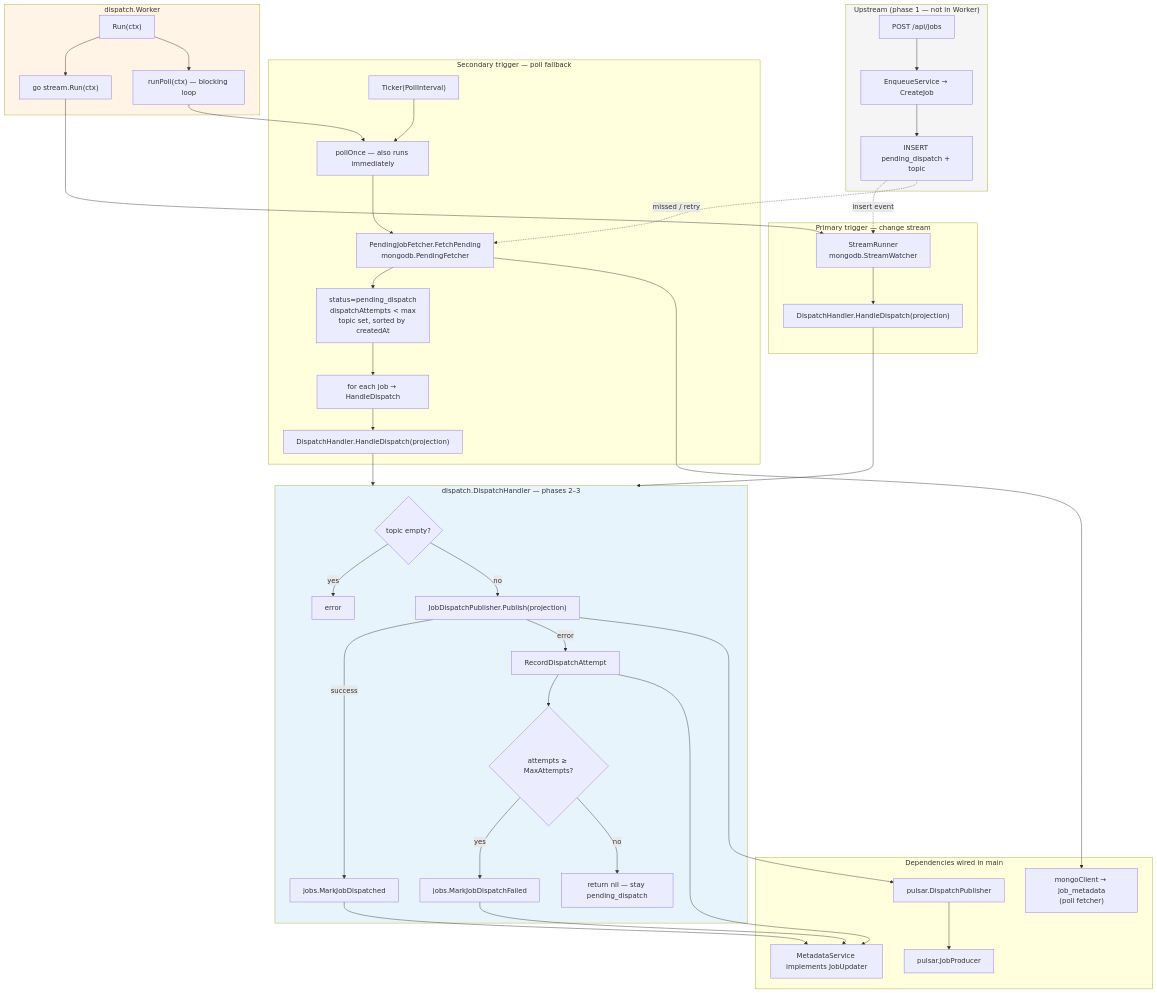
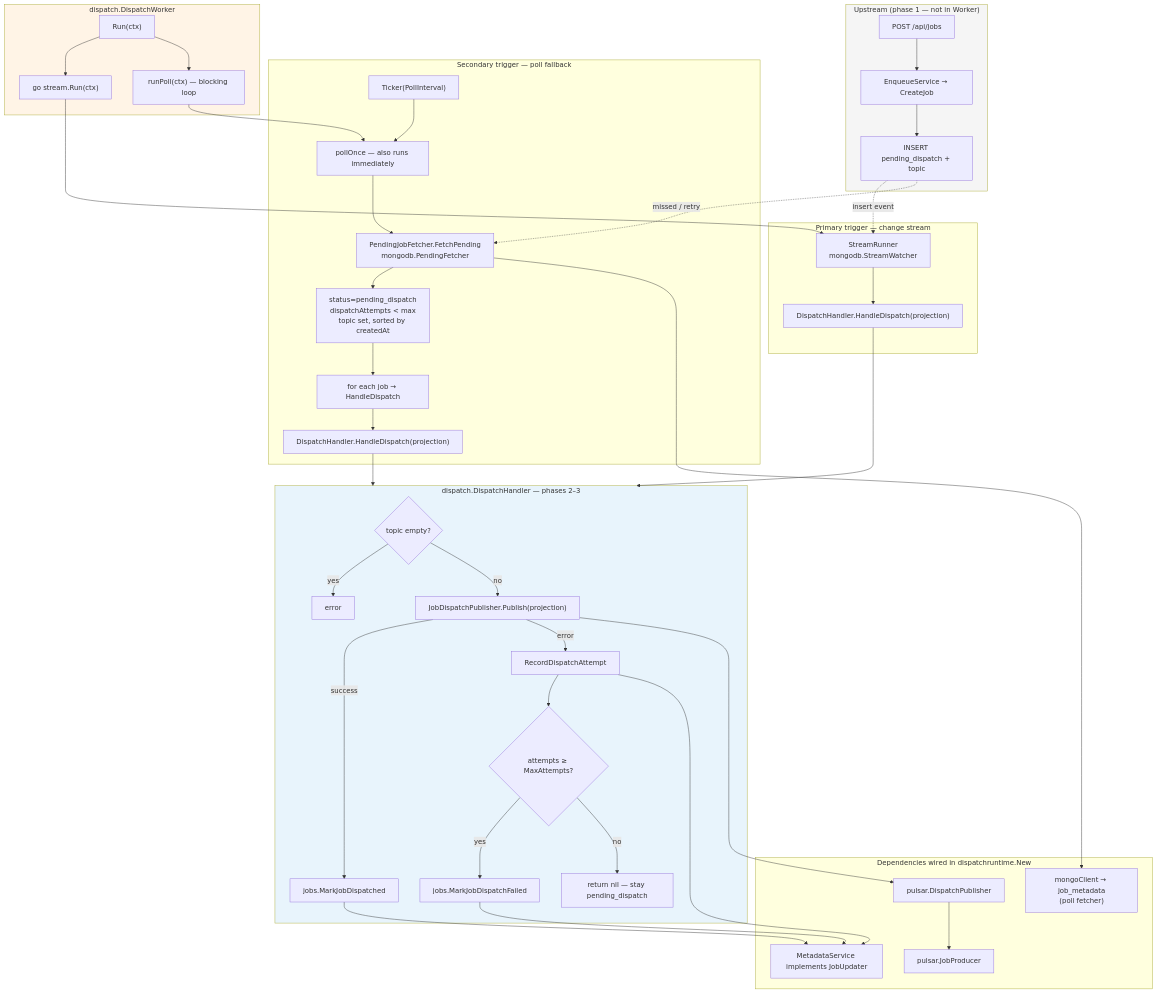
Before and after one commit to daconjurer/jobby: the second of 2 diagrams in docs/architecture/dispatch-worker.md, drawn with Mermaid. The commit also changed other lines of this file and 16 other files, not shown here.

````diff
--- a/docs/architecture/dispatch-worker.md
+++ b/docs/architecture/dispatch-worker.md
@@ -107,74 +113,74 @@
 ```mermaid
 flowchart TB
-    subgraph worker["dispatch.Worker"]
+    subgraph worker["dispatch.DispatchWorker"]
         RUN["Run(ctx)"]
         GO["go stream.Run(ctx)"]
         POLL["runPoll(ctx) — blocking loop"]
         RUN --> GO
         RUN --> POLL
     end
 
     subgraph primary["Primary trigger — change stream"]
         SW["StreamRunner<br/>mongodb.StreamWatcher"]
         GO --> SW
         SW --> H1["DispatchHandler.HandleDispatch(projection)"]
     end
 
     subgraph secondary["Secondary trigger — poll fallback"]
         TICK["Ticker(PollInterval)"]
         ONCE["pollOnce — also runs immediately"]
         FETCH["PendingJobFetcher.FetchPending<br/>mongodb.PendingFetcher"]
         BATCH["status=pending_dispatch<br/>dispatchAttempts &lt; max<br/>topic set, sorted by createdAt"]
         LOOP["for each job → HandleDispatch"]
         POLL --> ONCE
         ONCE --> FETCH
         TICK --> ONCE
         FETCH --> BATCH --> LOOP
         LOOP --> H2["DispatchHandler.HandleDispatch(projection)"]
     end
 
     subgraph saga["dispatch.DispatchHandler — phases 2–3"]
         TOPIC{"topic empty?"}
         PUB["JobDispatchPublisher.Publish(projection)"]
         OK["jobs.MarkJobDispatched"]
         FAIL["RecordDispatchAttempt"]
         MAX{"attempts ≥ MaxAttempts?"}
         DFAIL["jobs.MarkJobDispatchFailed"]
         STAY["return nil — stay pending_dispatch"]
         TOPIC -->|yes| ERR["error"]
         TOPIC -->|no| PUB
         PUB -->|success| OK
         PUB -->|error| FAIL --> MAX
         MAX -->|yes| DFAIL
         MAX -->|no| STAY
     end
 
-    subgraph deps["Dependencies wired in main"]
+    subgraph deps["Dependencies wired in dispatchruntime.New"]
         PUB_ADP["pulsar.DispatchPublisher"]
         PROD["pulsar.JobProducer"]
         META["MetadataService implements JobUpdater"]
         JOBS_COLL["mongoClient → job_metadata<br/>(poll fetcher)"]
     end
 
     H1 --> saga
     H2 --> saga
     PUB --> PUB_ADP --> PROD
     OK --> META
     FAIL --> META
     DFAIL --> META
     FETCH --> JOBS_COLL
 
     subgraph upstream["Upstream (phase 1 — not in Worker)"]
         HTTP["POST /api/jobs"]
         ENQ["EnqueueService → CreateJob"]
         INS["INSERT pending_dispatch + topic"]
         HTTP --> ENQ --> INS
     end
 
     INS -.->|insert event| SW
     INS -.->|missed / retry| FETCH
 
     style worker fill:#fff4e6
     style saga fill:#e8f4fc
     style upstream fill:#f5f5f5
 ```
````
